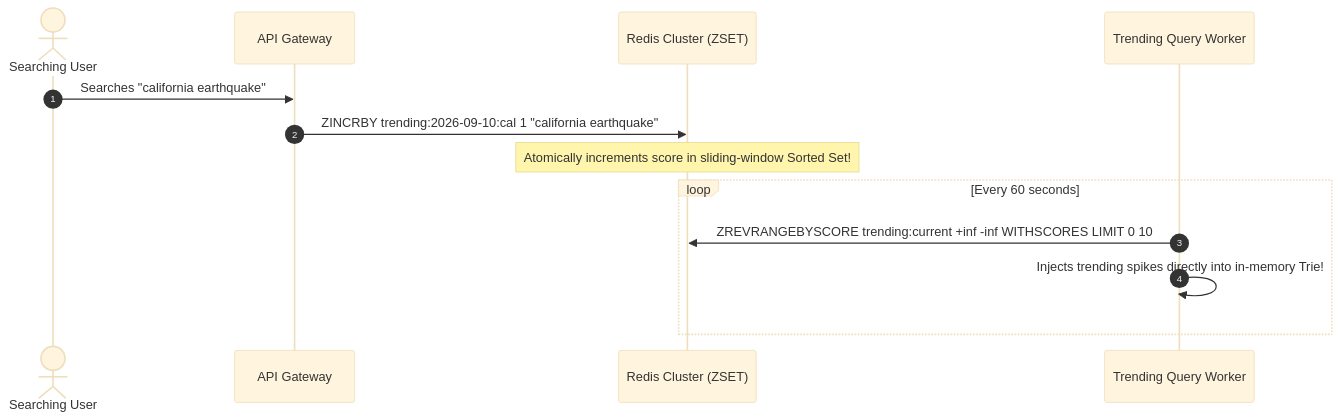
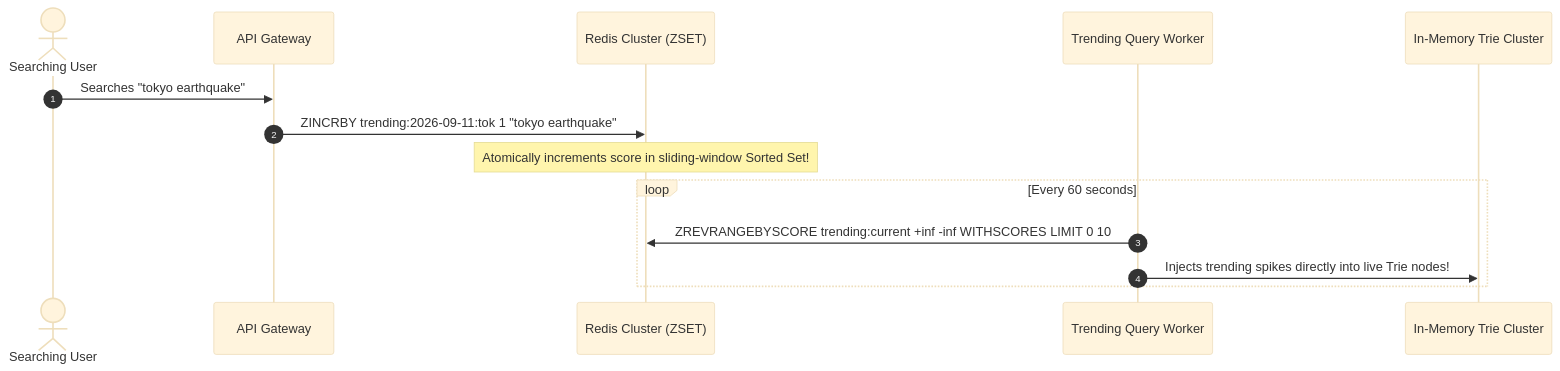
Before and after one commit to weaponxwolf/backend-engineering-mastry: the sixth of 6 diagrams in docs/system-design/search-autocomplete.mdx, drawn with Mermaid (base theme). The commit also changed other lines of this file and 16 other files, not shown here.

````diff
--- a/docs/system-design/search-autocomplete.mdx
+++ b/docs/system-design/search-autocomplete.mdx
@@ -286,17 +300,18 @@
 ```mermaid
 sequenceDiagram
     autonumber
     actor User as Searching User
     participant GW as API Gateway
     participant Redis as Redis Cluster (ZSET)
     participant Worker as Trending Query Worker
+    participant Trie as In-Memory Trie Cluster
 
-    User->>GW: Searches "california earthquake"
-    GW->>Redis: ZINCRBY trending:2026-09-10:cal 1 "california earthquake"
+    User->>GW: Searches "tokyo earthquake"
+    GW->>Redis: ZINCRBY trending:2026-09-11:tok 1 "tokyo earthquake"
     Note over Redis: Atomically increments score in sliding-window Sorted Set!
     
     loop Every 60 seconds
         Worker->>Redis: ZREVRANGEBYSCORE trending:current +inf -inf WITHSCORES LIMIT 0 10
-        Worker->>Worker: Injects trending spikes directly into in-memory Trie!
+        Worker->>Trie: Injects trending spikes directly into live Trie nodes!
     end
 ```
````
